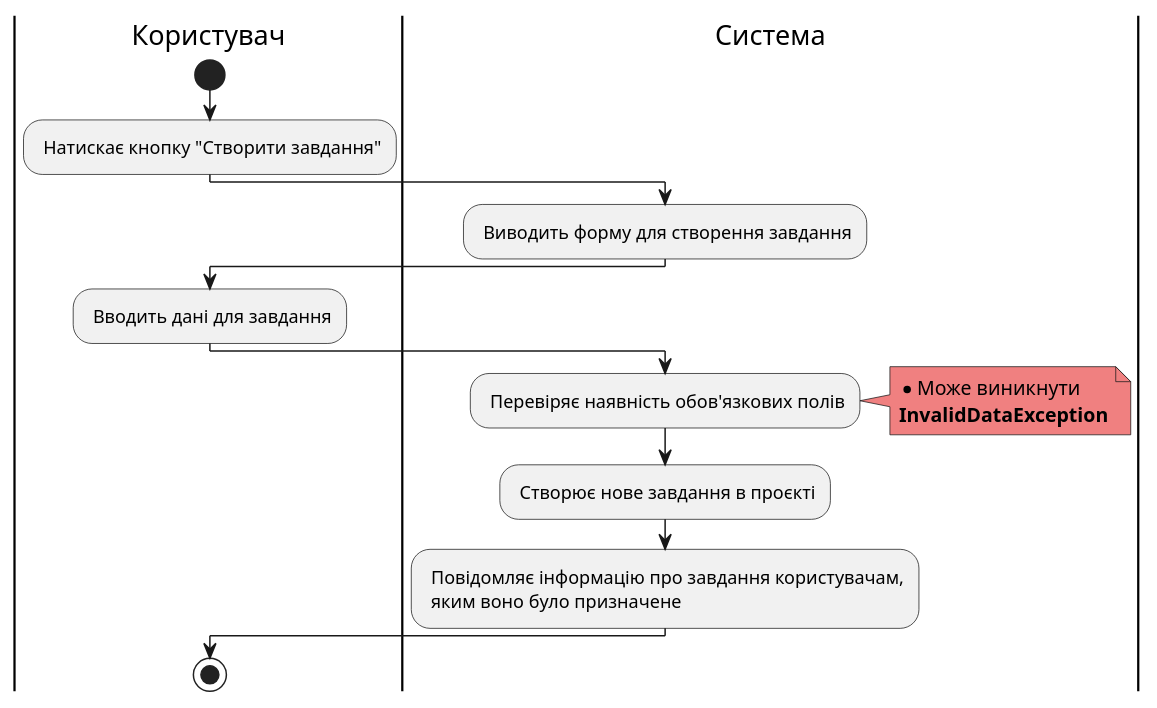
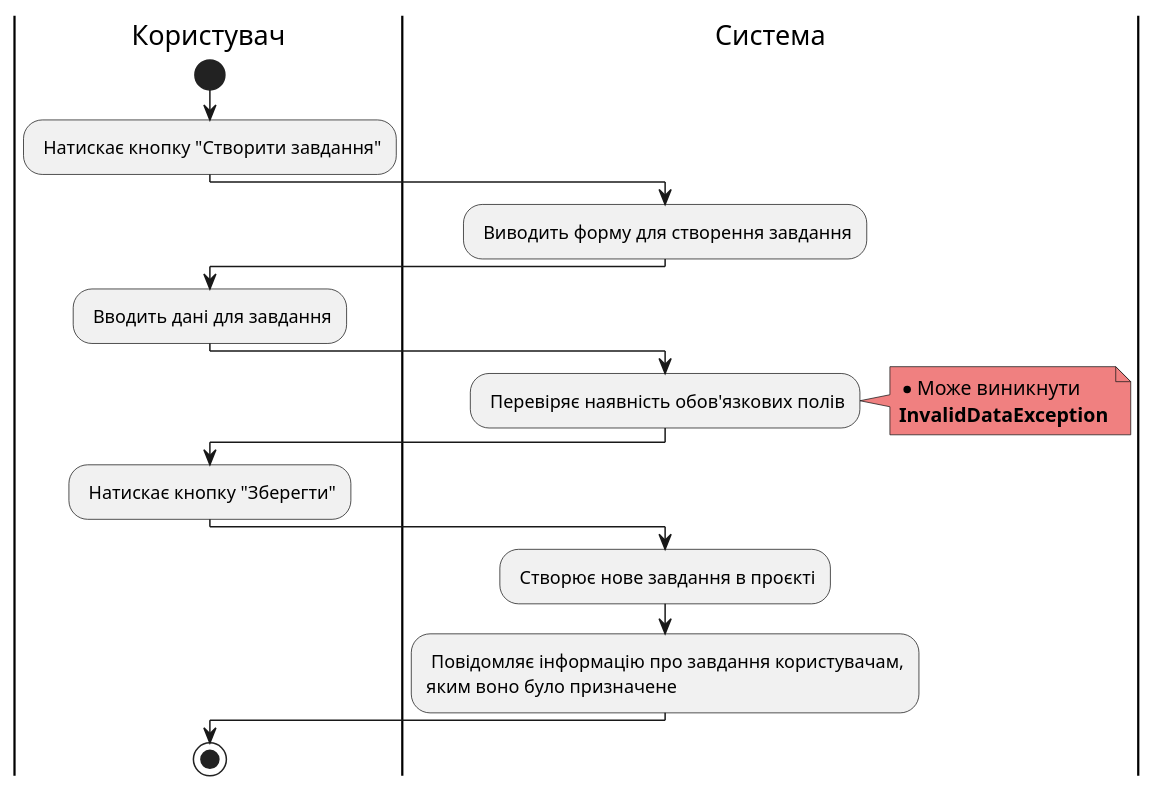
Before and after one commit to samoilenkomariia/db-coursework: the second of 6 diagrams in docs/use cases/README.md, drawn with PlantUML. The commit also changed other lines of this file, not shown here.

Commit message:
Update style of diagrams

```diff
--- a/docs/use cases/README.md
+++ b/docs/use cases/README.md
@@ -166,25 +166,30 @@
 @startuml
-|Користувач|
+
+    |Користувач|
     start;
     : Натискає кнопку "Створити завдання";
 
     |Система|
     : Виводить форму для створення завдання;
 
     |Користувач|
     : Вводить дані для завдання;
     
     |Система|
     : Перевіряє наявність обов'язкових полів;
     
     note right #lightcoral
-    * Може виникнути
-    <b>InvalidDataException</b>
+        * Може виникнути
+        <b>InvalidDataException</b>
     end note
-    
+        
+    |Користувач|
+    : Натискає кнопку "Зберегти";
+
+    |Система|
     : Створює нове завдання в проєкті;
-    : Повідомляє інформацію про завдання користувачам,\n яким воно було призначене;
+    : Повідомляє інформацію про завдання користувачам,\nяким воно було призначене;
 
      |Користувач|
         stop;
 @enduml
```
